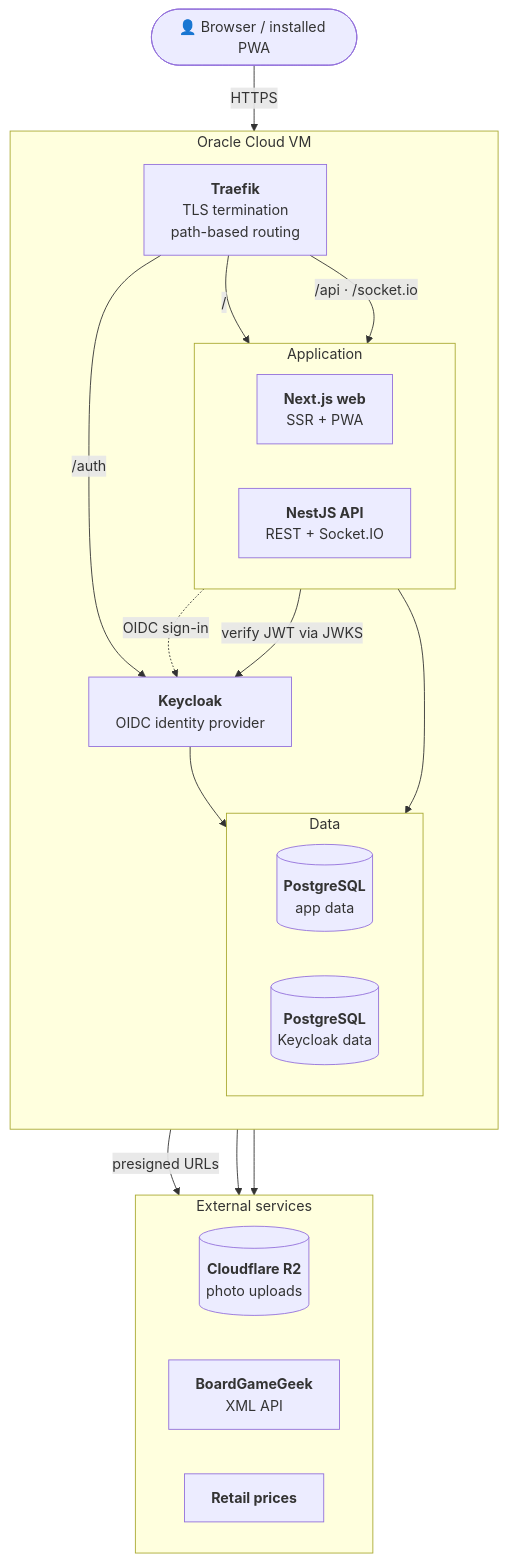
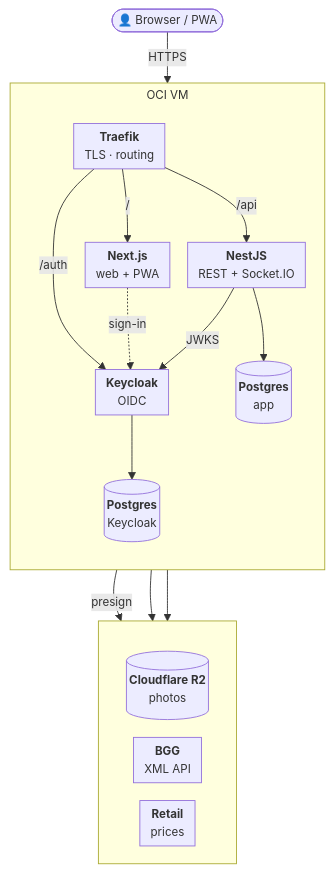
The first of 3 diagrams in README.md (socah/bggg), drawn with Mermaid before and after one commit. The commit also changed other lines of this file, not shown here.

First line of the commit message:
Make README diagrams more compact

````diff
--- a/README.md
+++ b/README.md
@@ -52,48 +52,50 @@
 ```mermaid
+---
+config:
+  flowchart:
+    nodeSpacing: 20
+    rankSpacing: 38
+    padding: 6
+    subGraphTitleMargin:
+      top: 4
+      bottom: 10
+  themeVariables:
+    fontSize: 13px
+---
 flowchart TB
-    user(["👤 Browser / installed PWA"])
+    user(["👤 Browser / PWA"])
 
-    subgraph vm["Oracle Cloud VM"]
+    subgraph vm["OCI VM"]
         direction TB
-        traefik["<b>Traefik</b><br/>TLS termination<br/>path-based routing"]
-
-        subgraph app["Application"]
-            direction LR
-            web["<b>Next.js web</b><br/>SSR + PWA"]
-            api["<b>NestJS API</b><br/>REST + Socket.IO"]
-        end
-
-        keycloak["<b>Keycloak</b><br/>OIDC identity provider"]
-
-        subgraph data["Data"]
-            direction LR
-            db[("<b>PostgreSQL</b><br/>app data")]
-            kcdb[("<b>PostgreSQL</b><br/>Keycloak data")]
-        end
+        traefik["<b>Traefik</b><br/>TLS · routing"]
+        web["<b>Next.js</b><br/>web + PWA"]
+        api["<b>NestJS</b><br/>REST + Socket.IO"]
+        keycloak["<b>Keycloak</b><br/>OIDC"]
+        db[("<b>Postgres</b><br/>app")]
+        kcdb[("<b>Postgres</b><br/>Keycloak")]
     end
 
-    subgraph ext["External services"]
+    %% External services (untitled box keeps them on one bottom row)
+    subgraph ext[" "]
         direction LR
-        r2[("<b>Cloudflare R2</b><br/>photo uploads")]
-        bgg["<b>BoardGameGeek</b><br/>XML API"]
-        prices["<b>Retail prices</b>"]
+        r2[("<b>Cloudflare R2</b><br/>photos")]
+        bgg["<b>BGG</b><br/>XML API"]
+        prices["<b>Retail</b><br/>prices"]
     end
 
     user -->|HTTPS| traefik
     traefik -->|"/"| web
-    traefik -->|"/api · /socket.io"| api
+    traefik -->|"/api"| api
     traefik -->|"/auth"| keycloak
-
-    web -.->|OIDC sign-in| keycloak
-    api -->|verify JWT via JWKS| keycloak
+    web -.->|sign-in| keycloak
+    api -->|JWKS| keycloak
     api --> db
     keycloak --> kcdb
-
-    api -->|presigned URLs| r2
+    api -->|presign| r2
     api --> bgg
     api --> prices
 
     %% Invisible links: keep external services as a bottom row
     db ~~~ bgg
     kcdb ~~~ prices
 ```
````
